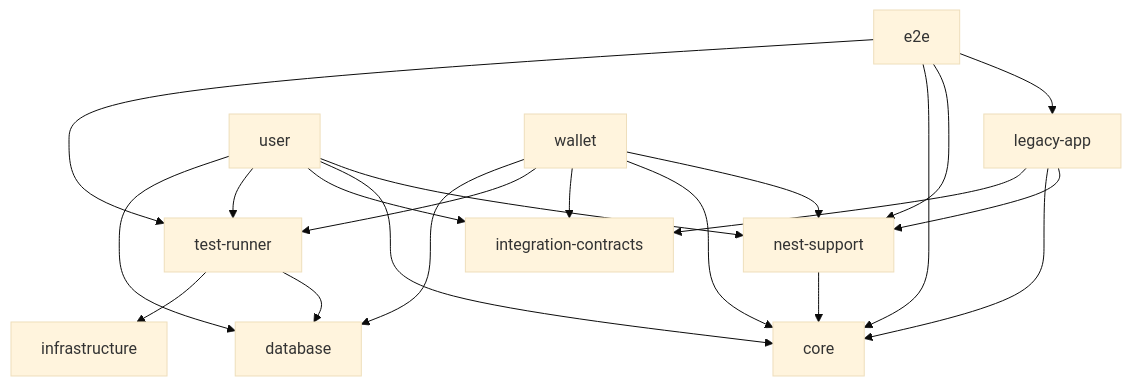
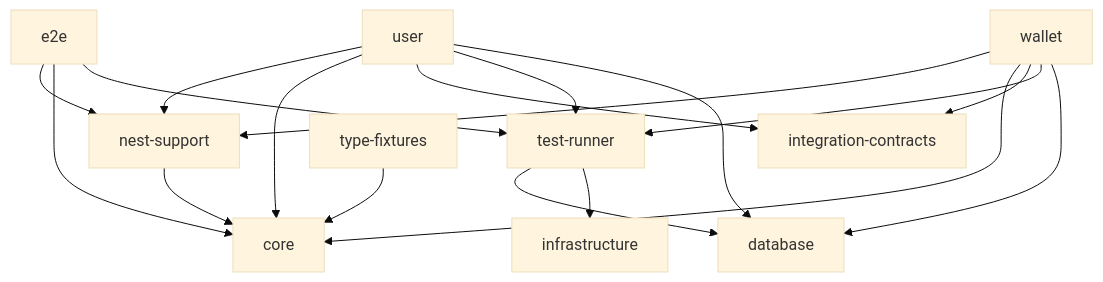
One commit to danilomartinelli/domain-driven-hexagon-scaffold changed the diagram in docs/nx-workspace.md. Above: the diagram before and after it, drawn with Mermaid (base theme). The commit also changed other lines of this file and 144 other files, not shown here.

````diff
--- a/docs/nx-workspace.md
+++ b/docs/nx-workspace.md
@@ -42,23 +42,20 @@
 ```mermaid
 graph TD
-  e2e --> legacy-app
   e2e --> nest-support
   e2e --> core
   e2e --> test-runner
   user --> nest-support
   user --> core
   user --> integration-contracts
   user --> test-runner
   user --> database
   wallet --> nest-support
   wallet --> core
   wallet --> integration-contracts
   wallet --> test-runner
   wallet --> database
   test-runner --> database
   test-runner --> infrastructure
-  legacy-app --> nest-support
-  legacy-app --> core
-  legacy-app --> integration-contracts
+  type-fixtures --> core
   nest-support --> core
 ```
````
